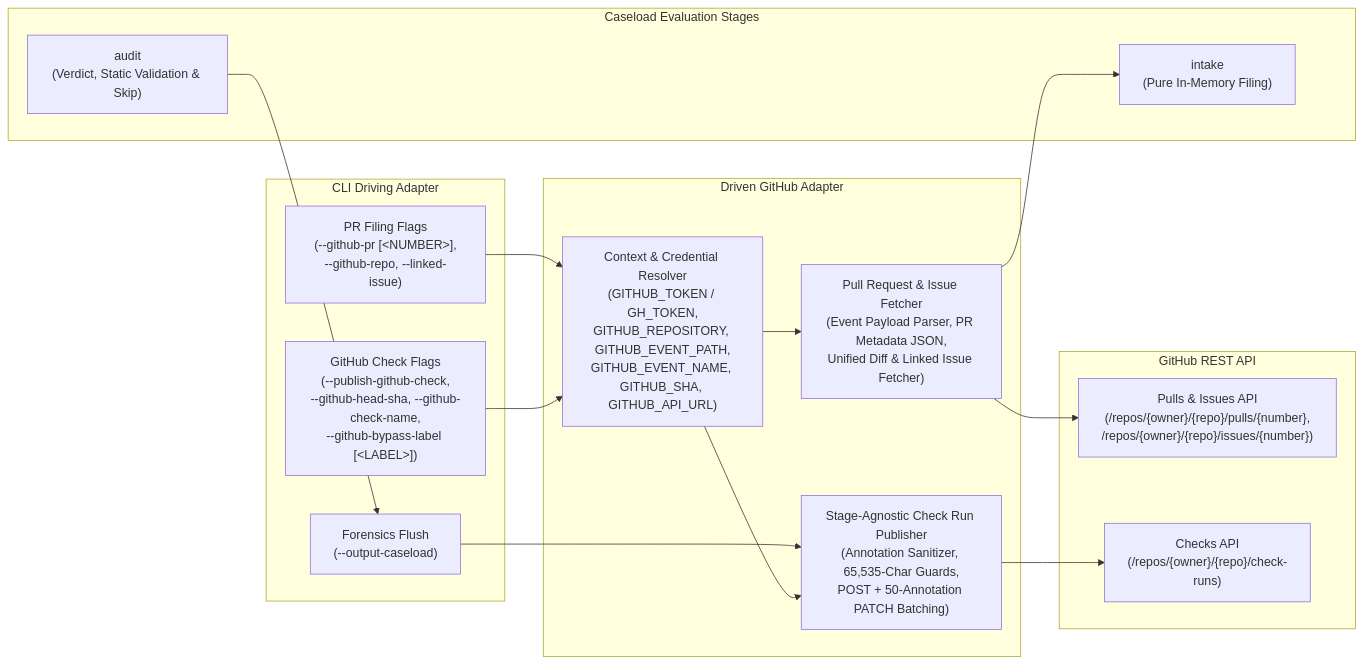
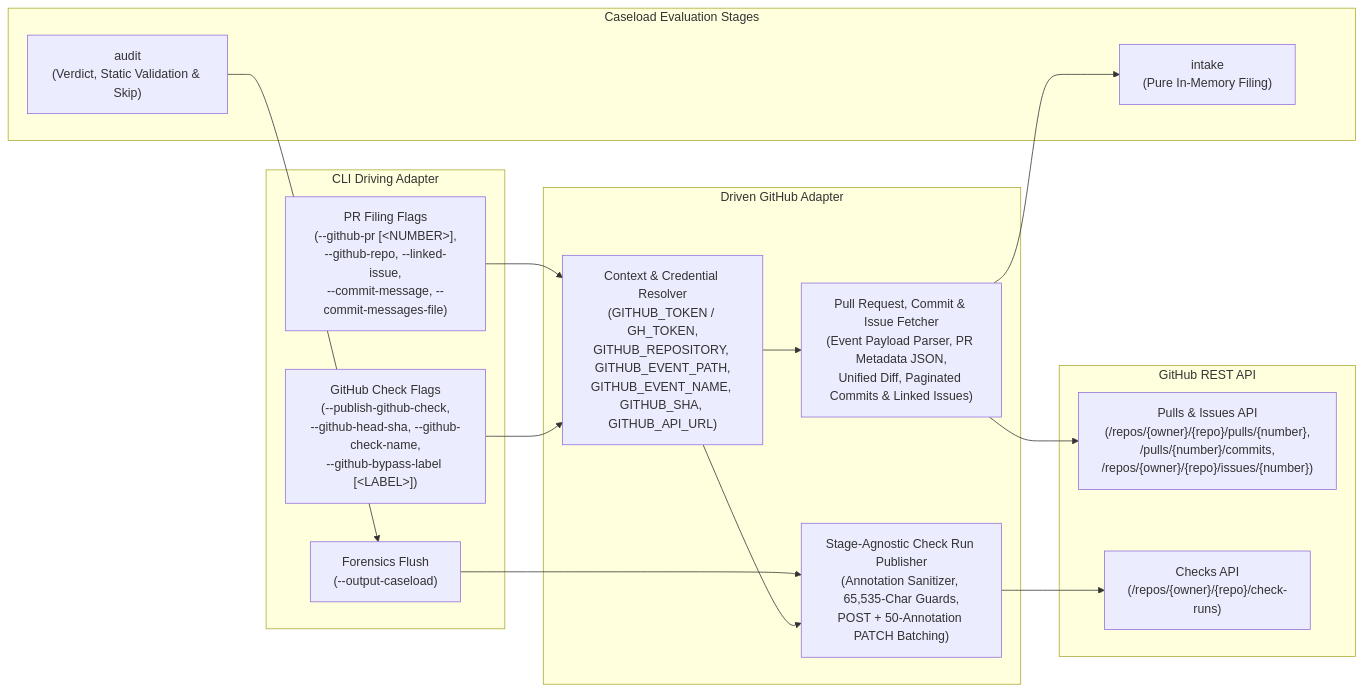
Before and after one commit to PAIR-code/canon-clerk: the diagram in docs/architecture/github.md, drawn with Mermaid. The commit also changed other lines of this file and 35 other files, not shown here.

First line of the commit message:
feat(core,cli,action): support commit_messages exhibit plane end-to-end (#384) (#392)

````diff
--- a/docs/architecture/github.md
+++ b/docs/architecture/github.md
@@ -14,31 +14,31 @@
 ```mermaid
 flowchart LR
     subgraph Stages ["Caseload Evaluation Stages"]
         Intake["intake<br/>(Pure In-Memory Filing)"]
         Audit["audit<br/>(Verdict, Static Validation &amp; Skip)"]
     end
 
     subgraph CliBoundary ["CLI Driving Adapter"]
-        PrFlags["PR Filing Flags<br/>(--github-pr [&lt;NUMBER&gt;],<br/>--github-repo, --linked-issue)"]
+        PrFlags["PR Filing Flags<br/>(--github-pr [&lt;NUMBER&gt;],<br/>--github-repo, --linked-issue,<br/>--commit-message, --commit-messages-file)"]
         CheckFlags["GitHub Check Flags<br/>(--publish-github-check,<br/>--github-head-sha, --github-check-name,<br/>--github-bypass-label [&lt;LABEL&gt;])"]
         Forensics["Forensics Flush<br/>(--output-caseload)"]
     end
 
     subgraph GithubAdapter ["Driven GitHub Adapter"]
         Context["Context &amp; Credential Resolver<br/>(GITHUB_TOKEN / GH_TOKEN,<br/>GITHUB_REPOSITORY, GITHUB_EVENT_PATH,<br/>GITHUB_EVENT_NAME, GITHUB_SHA, GITHUB_API_URL)"]
-        PrFetcher["Pull Request &amp; Issue Fetcher<br/>(Event Payload Parser, PR Metadata JSON,<br/>Unified Diff &amp; Linked Issue Fetcher)"]
+        PrFetcher["Pull Request, Commit &amp; Issue Fetcher<br/>(Event Payload Parser, PR Metadata JSON,<br/>Unified Diff, Paginated Commits &amp; Linked Issues)"]
         Publisher["Stage-Agnostic Check Run Publisher<br/>(Annotation Sanitizer, 65,535-Char Guards,<br/>POST + 50-Annotation PATCH Batching)"]
     end
 
     subgraph GitHub ["GitHub REST API"]
-        Pulls["Pulls &amp; Issues API<br/>(/repos/{owner}/{repo}/pulls/{number},<br/>/repos/{owner}/{repo}/issues/{number})"]
+        Pulls["Pulls &amp; Issues API<br/>(/repos/{owner}/{repo}/pulls/{number},<br/>/pulls/{number}/commits,<br/>/repos/{owner}/{repo}/issues/{number})"]
         Checks["Checks API<br/>(/repos/{owner}/{repo}/check-runs)"]
     end
 
     PrFlags --> Context
     CheckFlags --> Context
     Context --> PrFetcher --> Pulls
     PrFetcher --> Intake
     Audit --> Forensics --> Publisher --> Checks
     Context --> Publisher
 ```
````
